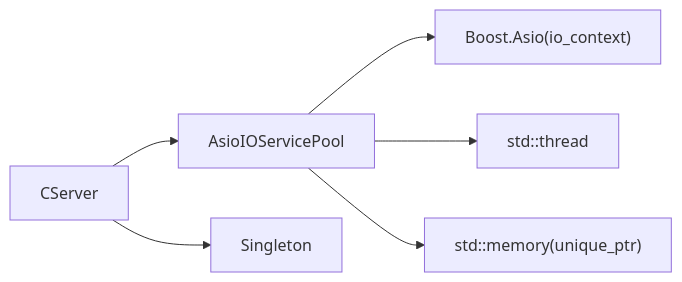
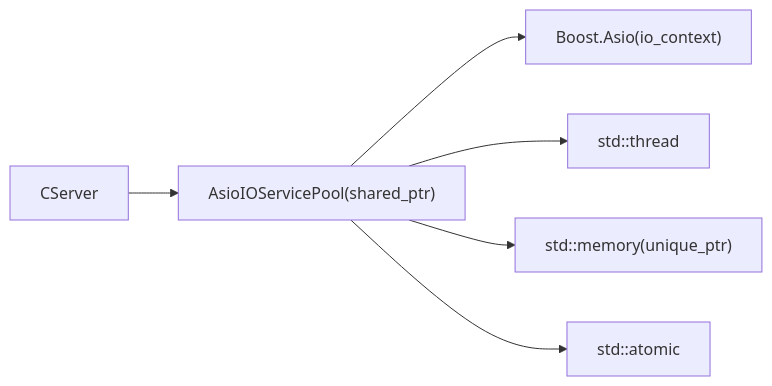
One commit to echo9923/mychatter changed the fifth of 5 diagrams in .qoder/repowiki/zh/content/服务端开发/通用组件和工具/异步IO服务池.md. Above: the diagram before and after it, drawn with Mermaid. The commit also changed other lines of this file and 107 other files, not shown here.

````diff
--- a/.qoder/repowiki/zh/content/服务端开发/通用组件和工具/异步IO服务池.md
+++ b/.qoder/repowiki/zh/content/服务端开发/通用组件和工具/异步IO服务池.md
@@ -258,8 +261,8 @@
 ```mermaid
 graph LR
-CServer["CServer"] --> AISP["AsioIOServicePool"]
+CServer["CServer"] --> AISP["AsioIOServicePool(shared_ptr)"]
 AISP --> ASIO["Boost.Asio(io_context)"]
 AISP --> THREAD["std::thread"]
 AISP --> MEMORY["std::memory(unique_ptr)"]
-CServer --> SINGLETON["Singleton<T>"]
+AISP --> ATOMIC["std::atomic"]
 ```
````
